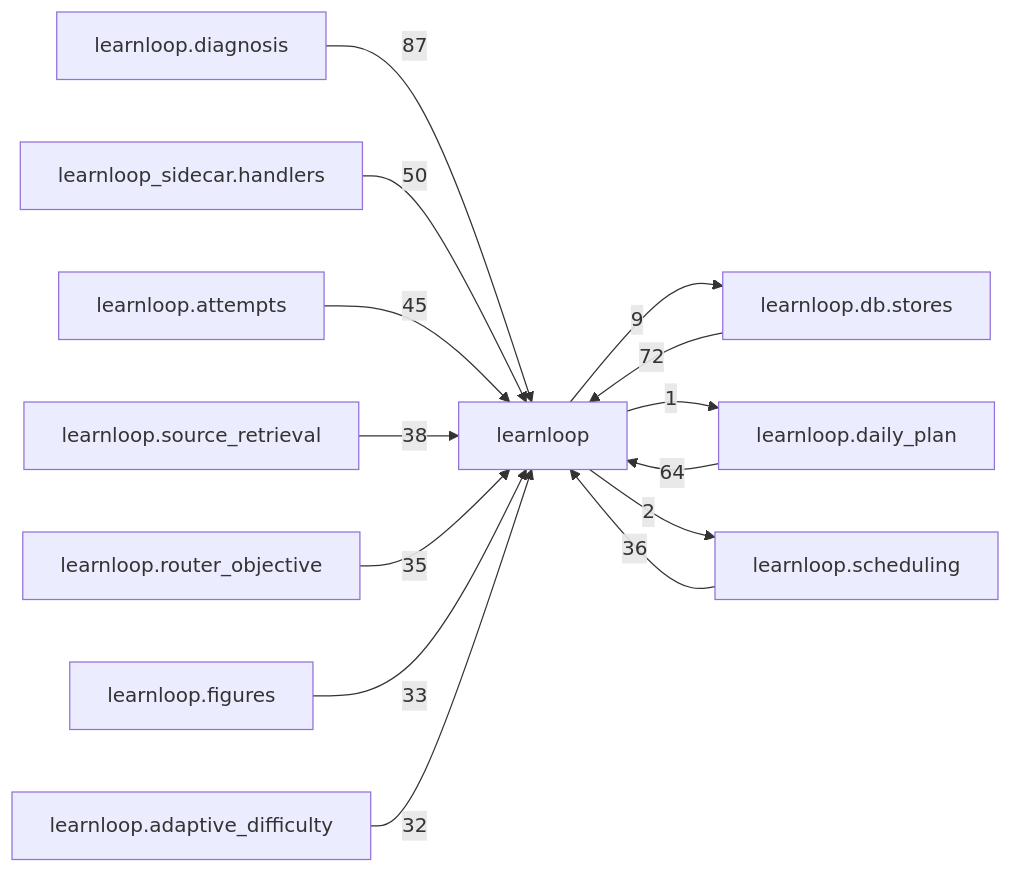
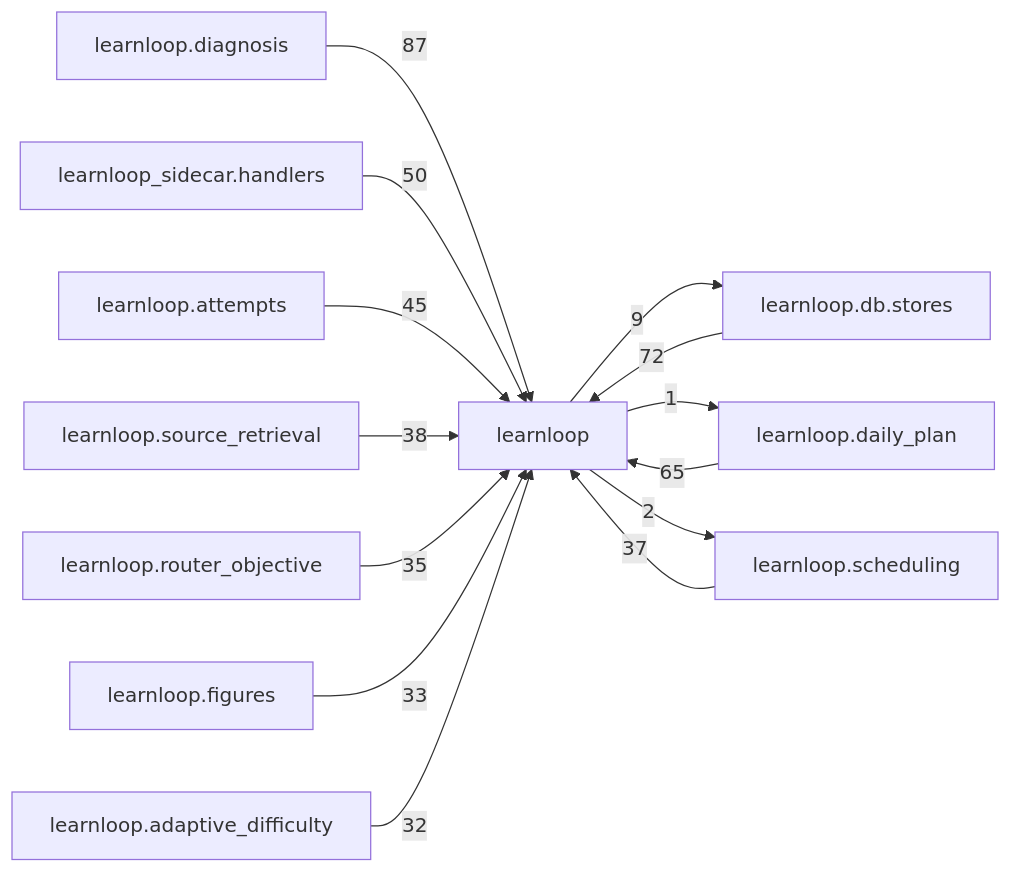
One commit to 6up-b/learnanything changed the diagram in docs/learnloop-architecture-vault/Reference/Modules/learnloop/_package.md. Above: the diagram before and after it, drawn with Mermaid. The commit also changed other lines of this file and 17 other files, not shown here.

````diff
--- a/docs/learnloop-architecture-vault/Reference/Modules/learnloop/_package.md
+++ b/docs/learnloop-architecture-vault/Reference/Modules/learnloop/_package.md
@@ -261,27 +261,27 @@
 ```mermaid
 flowchart LR
     center["learnloop"]
     n_learnloop_diagnosis["learnloop.diagnosis"]
     n_learnloop_db_stores["learnloop.db.stores"]
     n_learnloop_daily_plan["learnloop.daily_plan"]
     n_learnloop_sidecar_handlers["learnloop_sidecar.handlers"]
     n_learnloop_attempts["learnloop.attempts"]
     n_learnloop_scheduling["learnloop.scheduling"]
     n_learnloop_source_retrieval["learnloop.source_retrieval"]
     n_learnloop_router_objective["learnloop.router_objective"]
     n_learnloop_figures["learnloop.figures"]
     n_learnloop_adaptive_difficulty["learnloop.adaptive_difficulty"]
     n_learnloop_diagnosis -->|87| center
     n_learnloop_db_stores -->|72| center
     center -->|9| n_learnloop_db_stores
-    n_learnloop_daily_plan -->|64| center
+    n_learnloop_daily_plan -->|65| center
     center -->|1| n_learnloop_daily_plan
     n_learnloop_sidecar_handlers -->|50| center
     n_learnloop_attempts -->|45| center
-    n_learnloop_scheduling -->|36| center
+    n_learnloop_scheduling -->|37| center
     center -->|2| n_learnloop_scheduling
     n_learnloop_source_retrieval -->|38| center
     n_learnloop_router_objective -->|35| center
     n_learnloop_figures -->|33| center
     n_learnloop_adaptive_difficulty -->|32| center
 ```
````
